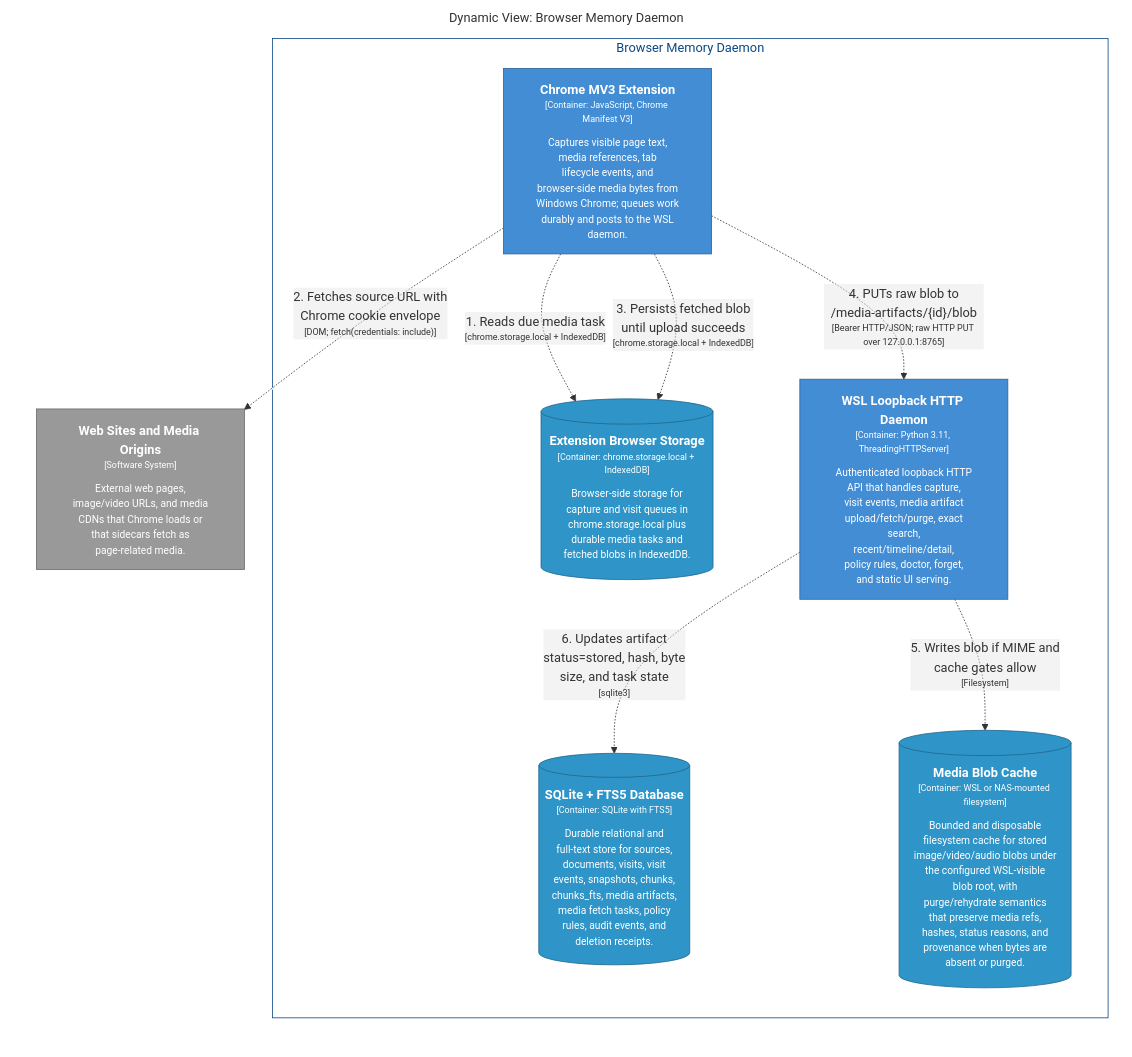
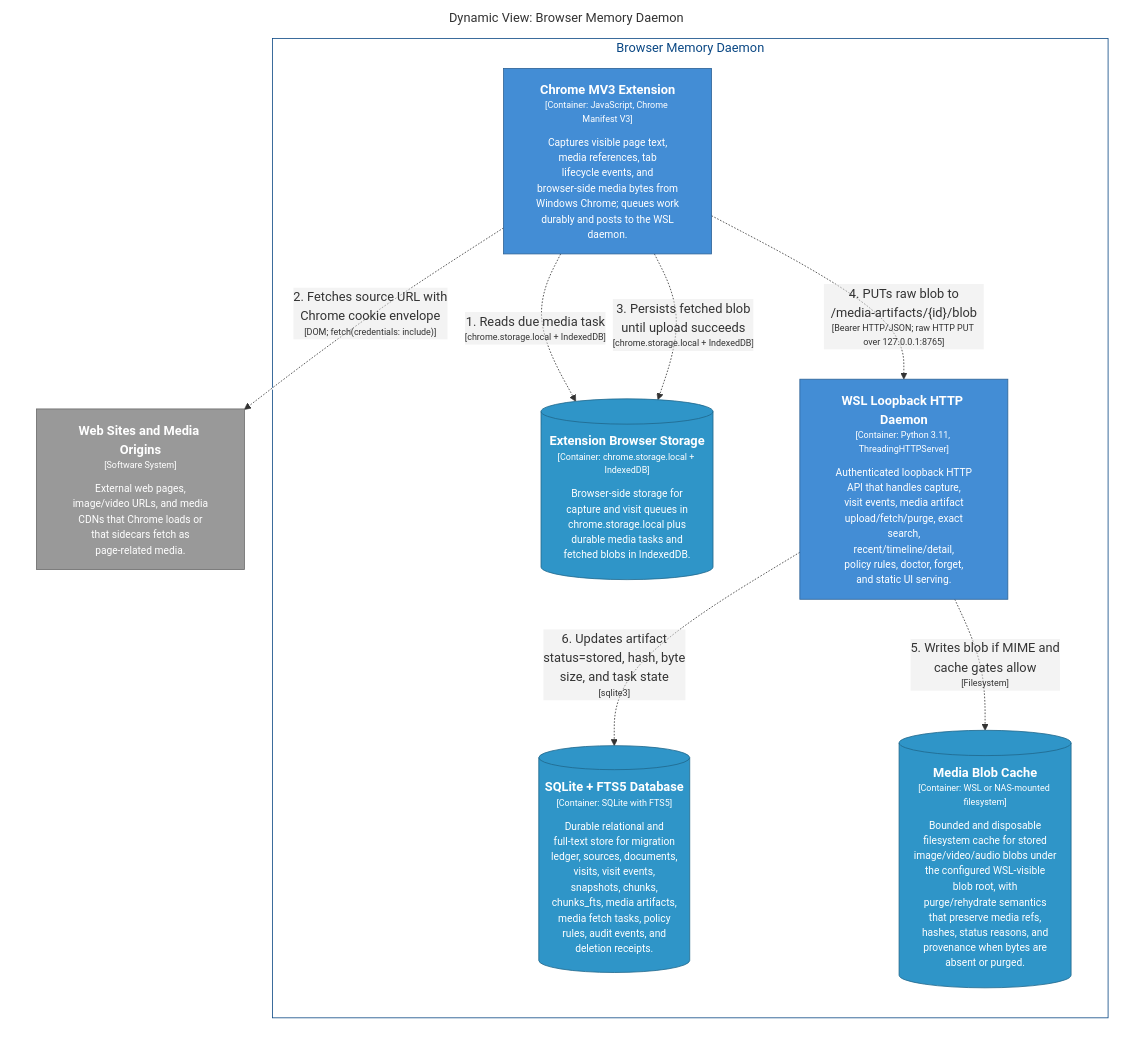
Before and after one commit to michaelnicks0/browser-memory-daemon: the diagram in docs/architecture/diagrams/markdown/CredentialedMediaSidecarFlow.md, drawn with Mermaid. The commit also changed 180 other files, not shown here.

Commit message:
feat(db): add versioned migration ledger and compatibility checks

````diff
--- a/docs/architecture/diagrams/markdown/CredentialedMediaSidecarFlow.md
+++ b/docs/architecture/diagrams/markdown/CredentialedMediaSidecarFlow.md
@@ -16,34 +16,34 @@
 ```mermaid
 graph LR
   linkStyle default fill:#ffffff
 
   subgraph diagram ["Dynamic View: Browser Memory Daemon"]
     style diagram fill:#ffffff,stroke:#ffffff
 
     subgraph 4 ["Browser Memory Daemon"]
       style 4 fill:#ffffff,stroke:#0b4884,color:#0b4884
 
       13[("<div style='font-weight: bold'>Extension Browser Storage</div><div style='font-size: 70%; margin-top: 0px'>[Container: chrome.storage.local + IndexedDB]</div><div style='font-size: 80%; margin-top:10px'>Browser-side storage for<br />capture and visit queues in<br />chrome.storage.local plus<br />durable media tasks and<br />fetched blobs in IndexedDB.</div>")]
       style 13 fill:#2f95c8,stroke:#20688c,color:#ffffff
       14["<div style='font-weight: bold'>WSL Loopback HTTP Daemon</div><div style='font-size: 70%; margin-top: 0px'>[Container: Python 3.11, ThreadingHTTPServer]</div><div style='font-size: 80%; margin-top:10px'>Authenticated loopback HTTP<br />API that handles capture,<br />visit events, media artifact<br />upload/fetch/purge, exact<br />search,<br />recent/timeline/detail,<br />policy rules, doctor, forget,<br />and static UI serving.</div>"]
       style 14 fill:#438dd5,stroke:#2e6295,color:#ffffff
-      27[("<div style='font-weight: bold'>SQLite + FTS5 Database</div><div style='font-size: 70%; margin-top: 0px'>[Container: SQLite with FTS5]</div><div style='font-size: 80%; margin-top:10px'>Durable relational and<br />full-text store for sources,<br />documents, visits, visit<br />events, snapshots, chunks,<br />chunks_fts, media artifacts,<br />media fetch tasks, policy<br />rules, audit events, and<br />deletion receipts.</div>")]
-      style 27 fill:#2f95c8,stroke:#20688c,color:#ffffff
-      29[("<div style='font-weight: bold'>Media Blob Cache</div><div style='font-size: 70%; margin-top: 0px'>[Container: WSL or NAS-mounted filesystem]</div><div style='font-size: 80%; margin-top:10px'>Bounded and disposable<br />filesystem cache for stored<br />image/video/audio blobs under<br />the configured WSL-visible<br />blob root, with<br />purge/rehydrate semantics<br />that preserve media refs,<br />hashes, status reasons, and<br />provenance when bytes are<br />absent or purged.</div>")]
-      style 29 fill:#2f95c8,stroke:#20688c,color:#ffffff
+      28[("<div style='font-weight: bold'>SQLite + FTS5 Database</div><div style='font-size: 70%; margin-top: 0px'>[Container: SQLite with FTS5]</div><div style='font-size: 80%; margin-top:10px'>Durable relational and<br />full-text store for migration<br />ledger, sources, documents,<br />visits, visit events,<br />snapshots, chunks,<br />chunks_fts, media artifacts,<br />media fetch tasks, policy<br />rules, audit events, and<br />deletion receipts.</div>")]
+      style 28 fill:#2f95c8,stroke:#20688c,color:#ffffff
+      30[("<div style='font-weight: bold'>Media Blob Cache</div><div style='font-size: 70%; margin-top: 0px'>[Container: WSL or NAS-mounted filesystem]</div><div style='font-size: 80%; margin-top:10px'>Bounded and disposable<br />filesystem cache for stored<br />image/video/audio blobs under<br />the configured WSL-visible<br />blob root, with<br />purge/rehydrate semantics<br />that preserve media refs,<br />hashes, status reasons, and<br />provenance when bytes are<br />absent or purged.</div>")]
+      style 30 fill:#2f95c8,stroke:#20688c,color:#ffffff
       5["<div style='font-weight: bold'>Chrome MV3 Extension</div><div style='font-size: 70%; margin-top: 0px'>[Container: JavaScript, Chrome Manifest V3]</div><div style='font-size: 80%; margin-top:10px'>Captures visible page text,<br />media references, tab<br />lifecycle events, and<br />browser-side media bytes from<br />Windows Chrome; queues work<br />durably and posts to the WSL<br />daemon.</div>"]
       style 5 fill:#438dd5,stroke:#2e6295,color:#ffffff
     end
 
     3["<div style='font-weight: bold'>Web Sites and Media Origins</div><div style='font-size: 70%; margin-top: 0px'>[Software System]</div><div style='font-size: 80%; margin-top:10px'>External web pages,<br />image/video URLs, and media<br />CDNs that Chrome loads or<br />that sidecars fetch as<br />page-related media.</div>"]
     style 3 fill:#999999,stroke:#6b6b6b,color:#ffffff
 
     5-. "<div>1. Reads due media task</div><div style='font-size: 70%'>[chrome.storage.local + IndexedDB]</div>" .->13
     5-. "<div>2. Fetches source URL with<br />Chrome cookie envelope</div><div style='font-size: 70%'>[DOM; fetch(credentials: include)]</div>" .->3
     5-. "<div>3. Persists fetched blob<br />until upload succeeds</div><div style='font-size: 70%'>[chrome.storage.local + IndexedDB]</div>" .->13
     5-. "<div>4. PUTs raw blob to<br />/media-artifacts/{id}/blob</div><div style='font-size: 70%'>[Bearer HTTP/JSON; raw HTTP PUT over 127.0.0.1:8765]</div>" .->14
-    14-. "<div>5. Writes blob if MIME and<br />cache gates allow</div><div style='font-size: 70%'>[Filesystem]</div>" .->29
-    14-. "<div>6. Updates artifact<br />status=stored, hash, byte<br />size, and task state</div><div style='font-size: 70%'>[sqlite3]</div>" .->27
+    14-. "<div>5. Writes blob if MIME and<br />cache gates allow</div><div style='font-size: 70%'>[Filesystem]</div>" .->30
+    14-. "<div>6. Updates artifact<br />status=stored, hash, byte<br />size, and task state</div><div style='font-size: 70%'>[sqlite3]</div>" .->28
 
   end
 ```
````
